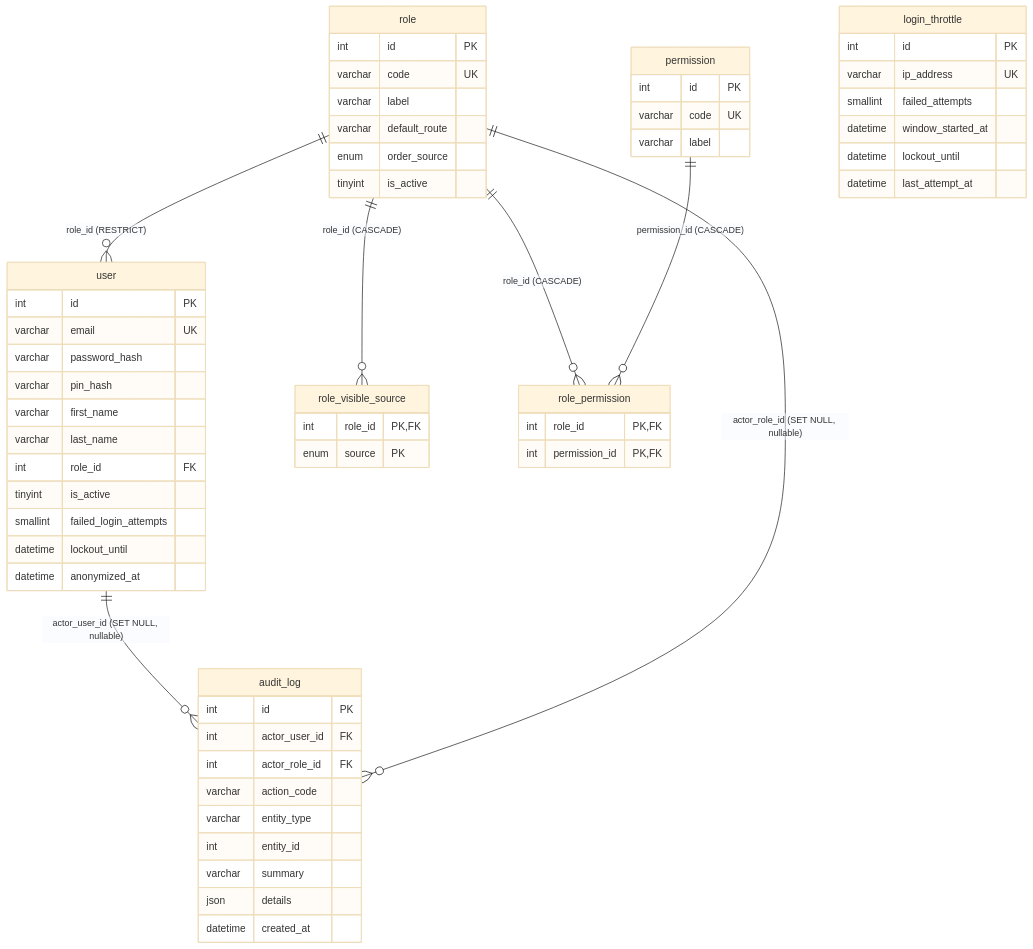
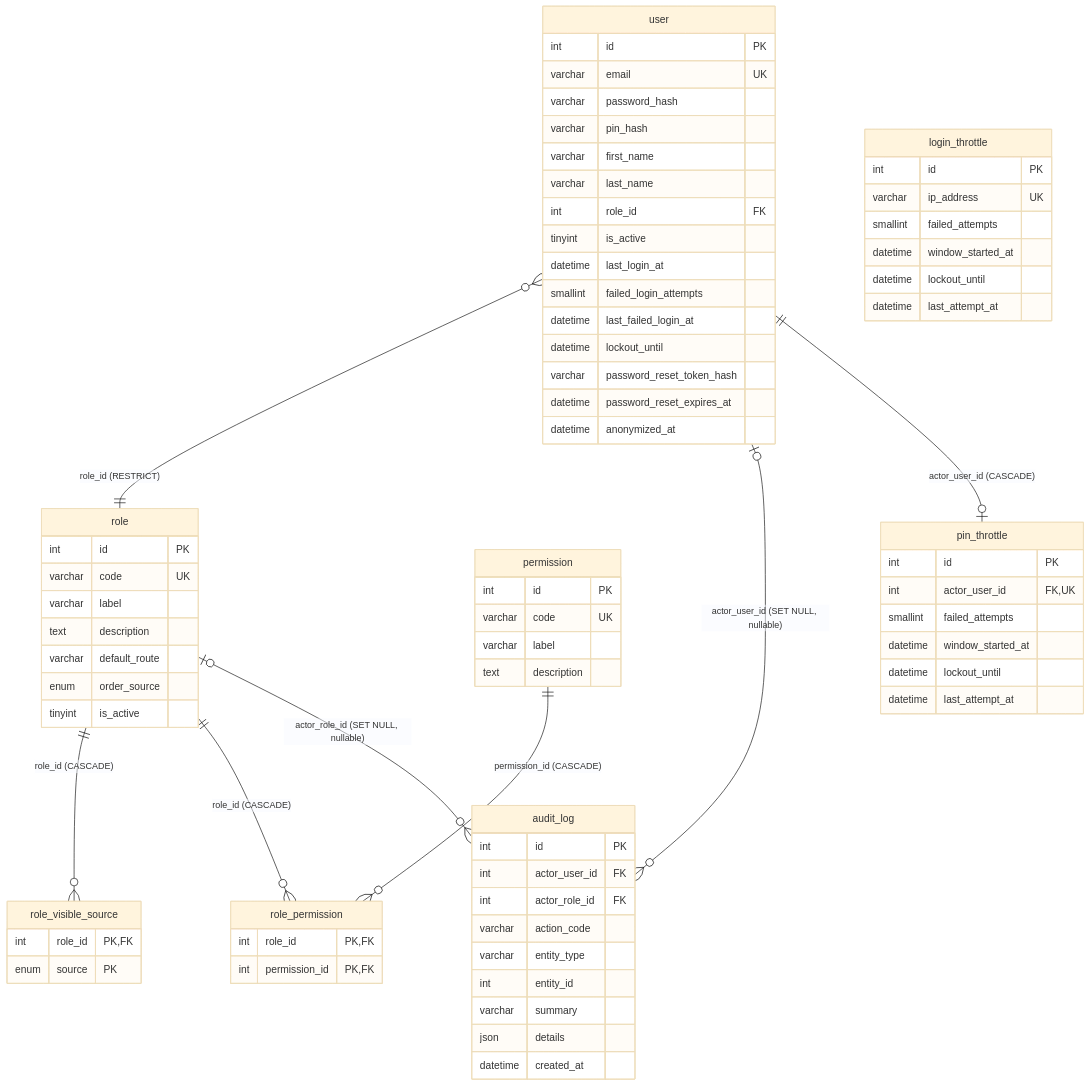
The diagram in docs/merise/_diagrams/mld-rbac.mmd (AcadeNice/wakdo_corentin), drawn with Mermaid (base theme) before and after one commit. The commit also changed 30 other files, not shown here.

```diff
--- a/docs/merise/_diagrams/mld-rbac.mmd
+++ b/docs/merise/_diagrams/mld-rbac.mmd
@@ -1,61 +1,76 @@
 erDiagram
     role {
         int id PK
         varchar code UK
         varchar label
+        text description
         varchar default_route
         enum order_source
         tinyint is_active
     }
     user {
         int id PK
         varchar email UK
         varchar password_hash
         varchar pin_hash
         varchar first_name
         varchar last_name
         int role_id FK
         tinyint is_active
+        datetime last_login_at
         smallint failed_login_attempts
+        datetime last_failed_login_at
         datetime lockout_until
+        varchar password_reset_token_hash
+        datetime password_reset_expires_at
         datetime anonymized_at
     }
     role_visible_source {
         int role_id PK,FK
         enum source PK
     }
     permission {
         int id PK
         varchar code UK
         varchar label
+        text description
     }
     role_permission {
         int role_id PK,FK
         int permission_id PK,FK
     }
     audit_log {
         int id PK
         int actor_user_id FK
         int actor_role_id FK
         varchar action_code
         varchar entity_type
         int entity_id
         varchar summary
         json details
         datetime created_at
     }
     login_throttle {
         int id PK
         varchar ip_address UK
         smallint failed_attempts
         datetime window_started_at
         datetime lockout_until
         datetime last_attempt_at
     }
+    pin_throttle {
+        int id PK
+        int actor_user_id FK,UK
+        smallint failed_attempts
+        datetime window_started_at
+        datetime lockout_until
+        datetime last_attempt_at
+    }
 
-    role ||--o{ user : "role_id (RESTRICT)"
+    user }o--|| role : "role_id (RESTRICT)"
     role ||--o{ role_visible_source : "role_id (CASCADE)"
     role ||--o{ role_permission : "role_id (CASCADE)"
     permission ||--o{ role_permission : "permission_id (CASCADE)"
-    user ||--o{ audit_log : "actor_user_id (SET NULL, nullable)"
-    role ||--o{ audit_log : "actor_role_id (SET NULL, nullable)"
+    user |o--o{ audit_log : "actor_user_id (SET NULL, nullable)"
+    role |o--o{ audit_log : "actor_role_id (SET NULL, nullable)"
+    user ||--o| pin_throttle : "actor_user_id (CASCADE)"
```
